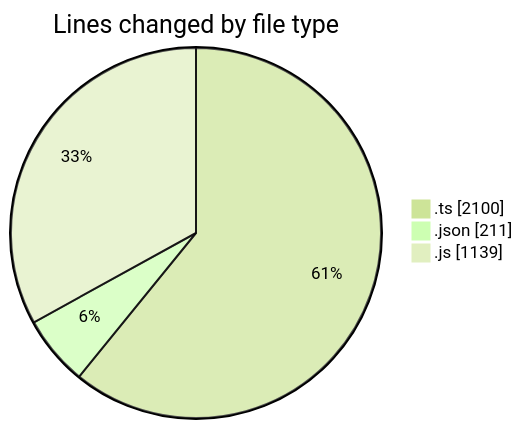
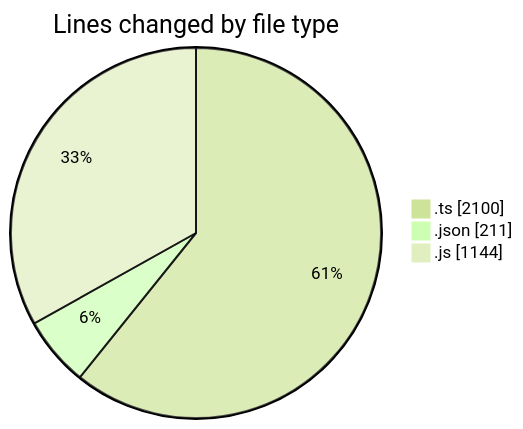
The first of 2 diagrams in 2026-11-04/cda/README.md (momahboobian/code-tracking), drawn with Mermaid (forest theme) before and after one commit. The commit also changed other lines of this file and 1 other file, not shown here.

````diff
--- a/2026-11-04/cda/README.md
+++ b/2026-11-04/cda/README.md
@@ -24,7 +24,7 @@
 ```mermaid
 pie showData
 title Lines changed by file type
 ".ts" : 2100
 ".json" : 211
-".js" : 1139
+".js" : 1144
 ```
````
